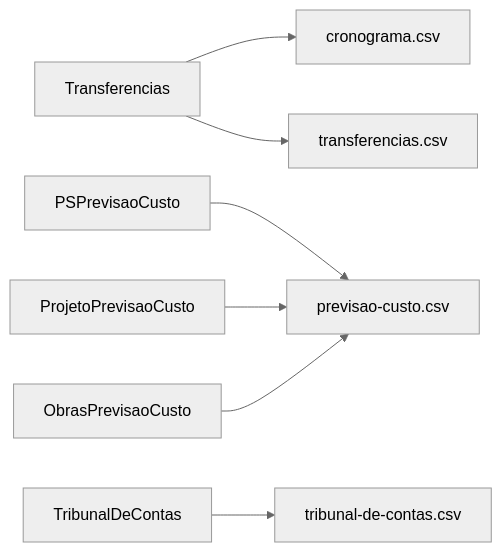
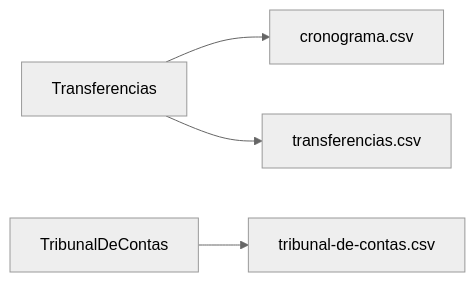
One commit to AppCivico/smae changed the diagram in backend/docs/report-columns.md. Above: the diagram before and after it, drawn with Mermaid (neutral theme). The commit also changed other lines of this file and 1 other file, not shown here.

Commit message:
chore(reports): remove doc gerada do PR
A doc de colunas é gerada por `npm run docs:report-columns` a partir dos
decoradores; mantê-la em cada PR só produzia conflito no índice e nas páginas
de arquivos com nome repetido entre relatórios (cronograma.csv, contratos.csv,
enderecos.csv). Passa a ser regerada uma única vez, depois que todos os PRs
desta série estiverem em homol.

````diff
--- a/backend/docs/report-columns.md
+++ b/backend/docs/report-columns.md
@@ -18,9 +17,6 @@
 ```mermaid
 flowchart LR
     transferencias["Transferencias"] --> cronograma-csv["cronograma.csv"]
-    psprevisaocusto["PSPrevisaoCusto"] --> previsao-custo-csv["previsao-custo.csv"]
-    projetoprevisaocusto["ProjetoPrevisaoCusto"] --> previsao-custo-csv["previsao-custo.csv"]
-    obrasprevisaocusto["ObrasPrevisaoCusto"] --> previsao-custo-csv["previsao-custo.csv"]
     transferencias["Transferencias"] --> transferencias-csv["transferencias.csv"]
     tribunaldecontas["TribunalDeContas"] --> tribunal-de-contas-csv["tribunal-de-contas.csv"]
 ```
````
